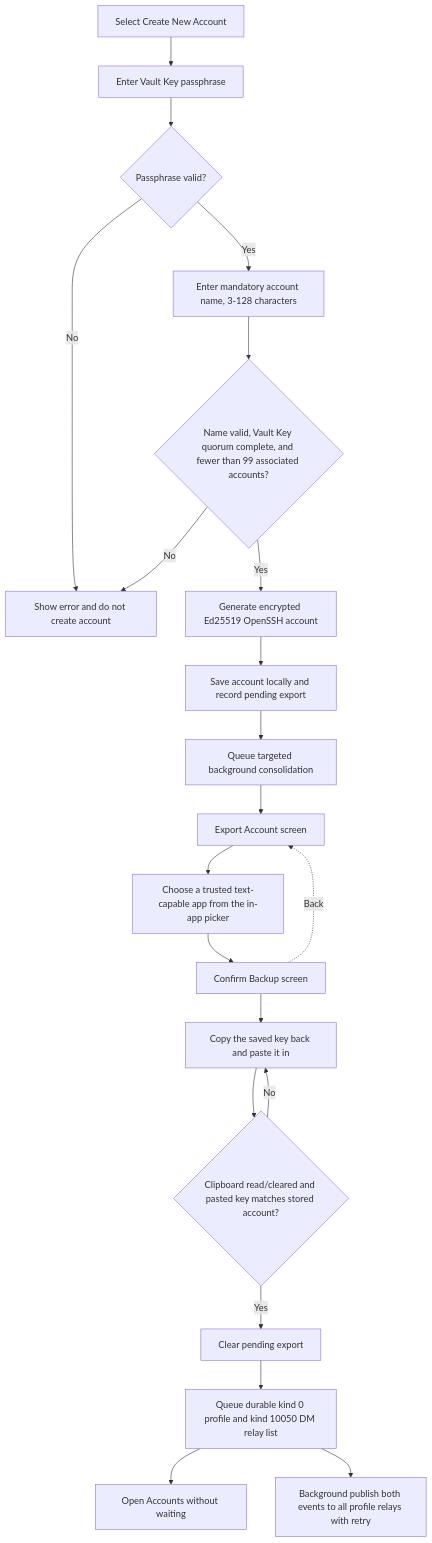
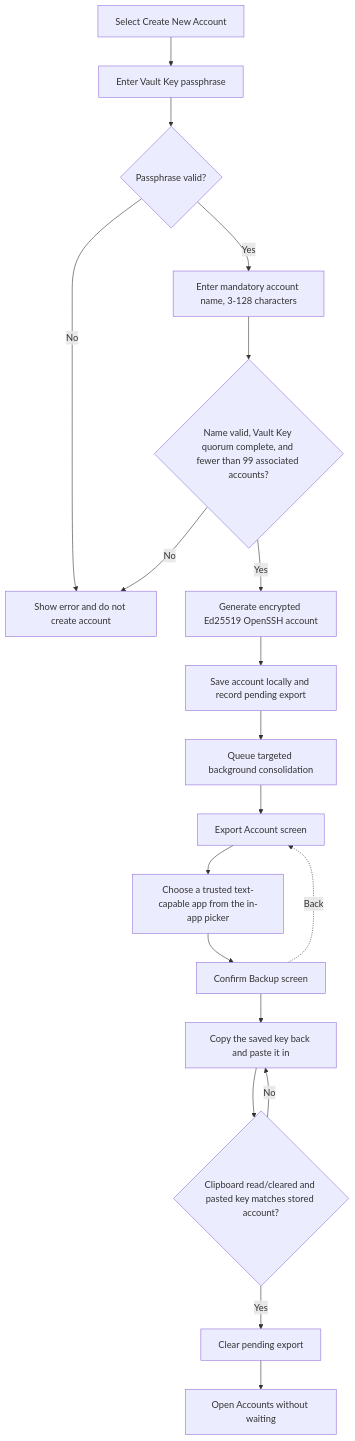
One commit to ZenTenApp/vault-kotlin changed the third of 8 diagrams in docs/stakeholder/flowcharts.md. Above: the diagram before and after it, drawn with Mermaid. The commit also changed other lines of this file and 34 other files, not shown here.

````diff
--- a/docs/stakeholder/flowcharts.md
+++ b/docs/stakeholder/flowcharts.md
@@ -137,23 +137,21 @@
 ```mermaid
 flowchart TD
     Add["Select Create New Account"] --> EnterPassphrase["Enter Vault Key passphrase"]
     EnterPassphrase --> Verify{"Passphrase valid?"}
     Verify -->|No| Rejected["Show error and do not create account"]
     Verify -->|Yes| EnterName["Enter mandatory account name, 3-128 characters"]
     EnterName --> Check{"Name valid, Vault Key quorum complete, and fewer than 99 associated accounts?"}
     Check -->|No| Rejected
     Check -->|Yes| Generate["Generate encrypted Ed25519 OpenSSH account"]
     Generate --> Save["Save account locally and record pending export"]
     Save --> Queue["Queue targeted background consolidation"]
     Queue --> Export["Export Account screen"]
     Export --> Choose["Choose a trusted text-capable app from the in-app picker"]
     Choose --> ConfirmBackup["Confirm Backup screen"]
     ConfirmBackup --> Paste["Copy the saved key back and paste it in"]
     ConfirmBackup -.->|Back| Export
     Paste --> Confirm{"Clipboard read/cleared and pasted key matches stored account?"}
     Confirm -->|No| Paste
     Confirm -->|Yes| Clear["Clear pending export"]
-    Clear --> QueueProfile["Queue durable kind 0 profile and kind 10050 DM relay list"]
-    QueueProfile --> Accounts["Open Accounts without waiting"]
-    QueueProfile --> ProfileWorker["Background publish both events to all profile relays with retry"]
+    Clear --> Accounts["Open Accounts without waiting"]
 ```
````
